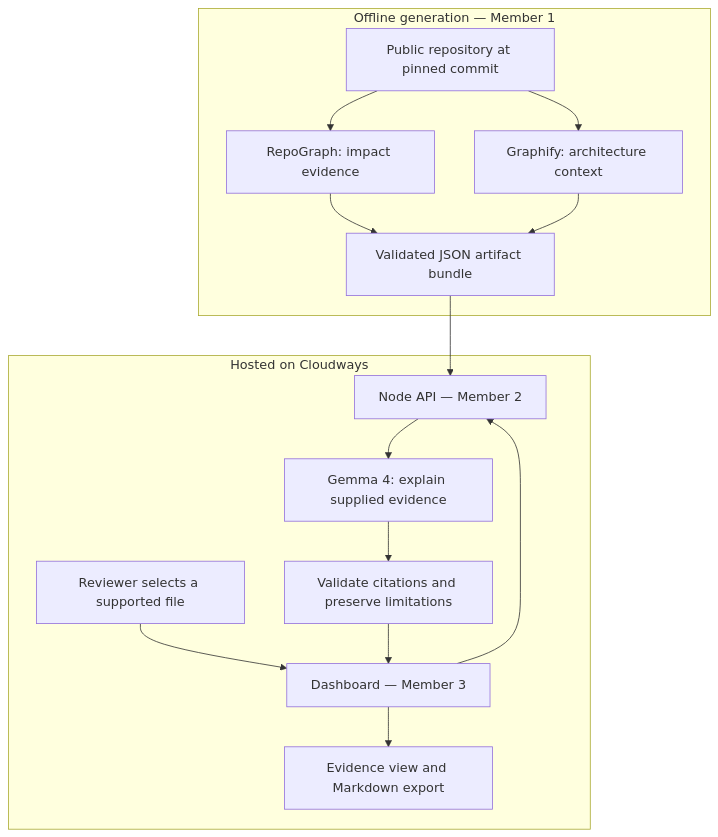
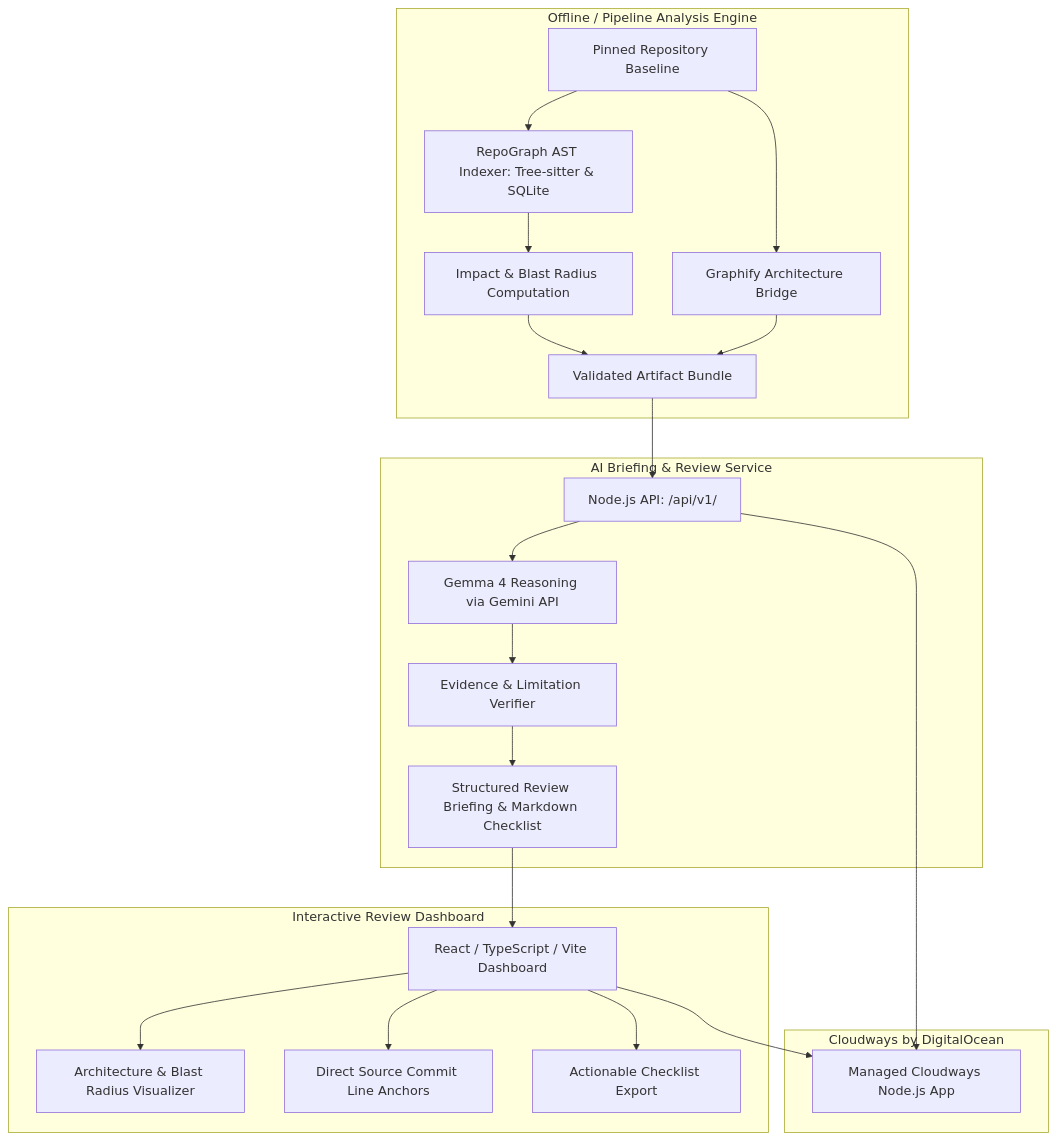
One commit to D33PAKsoni/repograph-review-desk changed the diagram in README.md. Above: the diagram before and after it, drawn with Mermaid. The commit also changed other lines of this file and 23 other files, not shown here.

First line of the commit message:
feat: complete RepoGraph Review Desk open-source architecture

````diff
--- a/README.md
+++ b/README.md
@@ -40,18 +20,29 @@
 ```mermaid
 flowchart TB
-  subgraph Offline[Offline generation — Member 1]
-    R[Public repository at pinned commit] --> RG[RepoGraph: impact evidence]
-    R --> GF[Graphify: architecture context]
-    RG --> A[Validated JSON artifact bundle]
-    GF --> A
+  subgraph Pipeline[Offline / Pipeline Analysis Engine]
+    R[Pinned Repository Baseline] --> RG[RepoGraph AST Indexer: Tree-sitter & SQLite]
+    RG --> Blast[Impact & Blast Radius Computation]
+    R --> GF[Graphify Architecture Bridge]
+    Blast --> Bundle[Validated Artifact Bundle]
+    GF --> Bundle
   end
-  subgraph Hosted[Hosted on Cloudways]
-    U[Reviewer selects a supported file] --> UI[Dashboard — Member 3]
-    UI --> API[Node API — Member 2]
-    A --> API
-    API --> G[Gemma 4: explain supplied evidence]
-    G --> V[Validate citations and preserve limitations]
-    V --> UI
-    UI --> E[Evidence view and Markdown export]
+
+  subgraph Service[AI Briefing & Review Service]
+    Bundle --> API[Node.js API: /api/v1/]
+    API --> Gemma[Gemma 4 Reasoning via Gemini API]
+    Gemma --> Verifier[Evidence & Limitation Verifier]
+    Verifier --> Briefing[Structured Review Briefing & Markdown Checklist]
+  end
+
+  subgraph UI[Interactive Review Dashboard]
+    Briefing --> Web[React / TypeScript / Vite Dashboard]
+    Web --> GraphView[Architecture & Blast Radius Visualizer]
+    Web --> CitationNav[Direct Source Commit Line Anchors]
+    Web --> MarkdownExport[Actionable Checklist Export]
+  end
+
+  subgraph Cloudways[Cloudways by DigitalOcean]
+    API --> Hosted[Managed Cloudways Node.js App]
+    Web --> Hosted
   end
 ```
````
